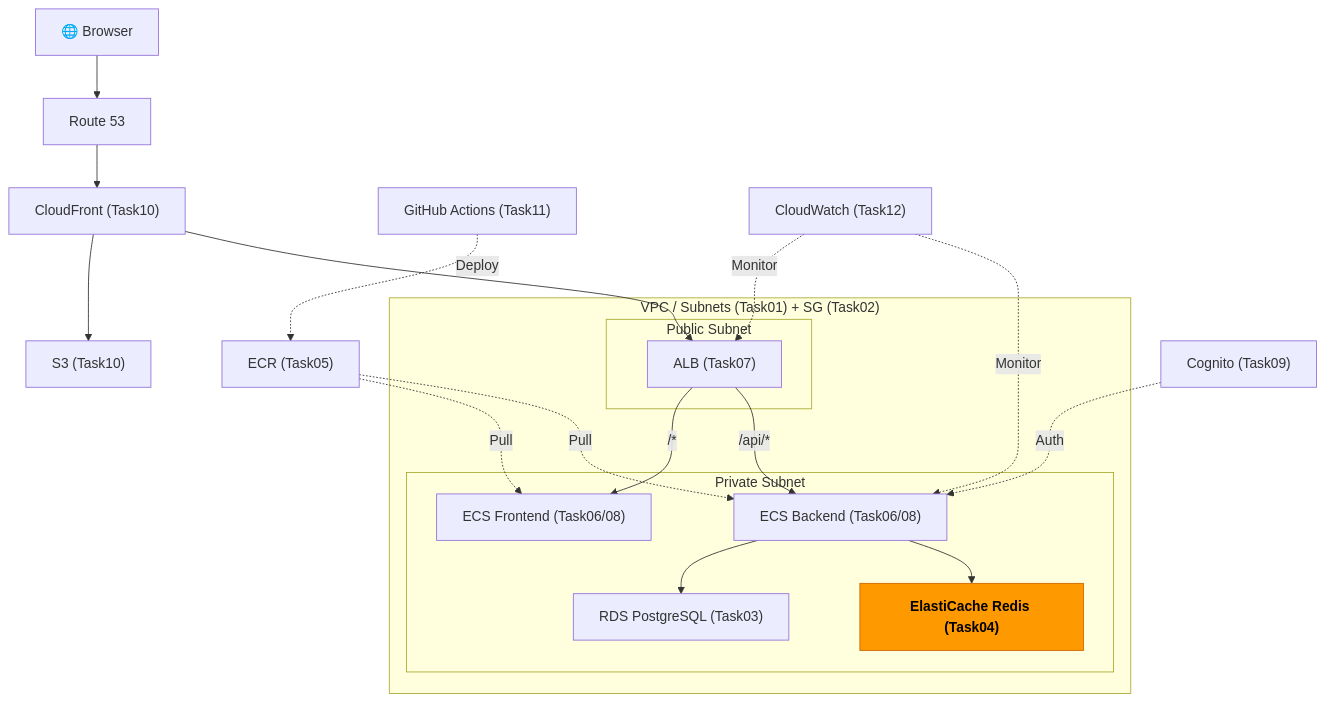
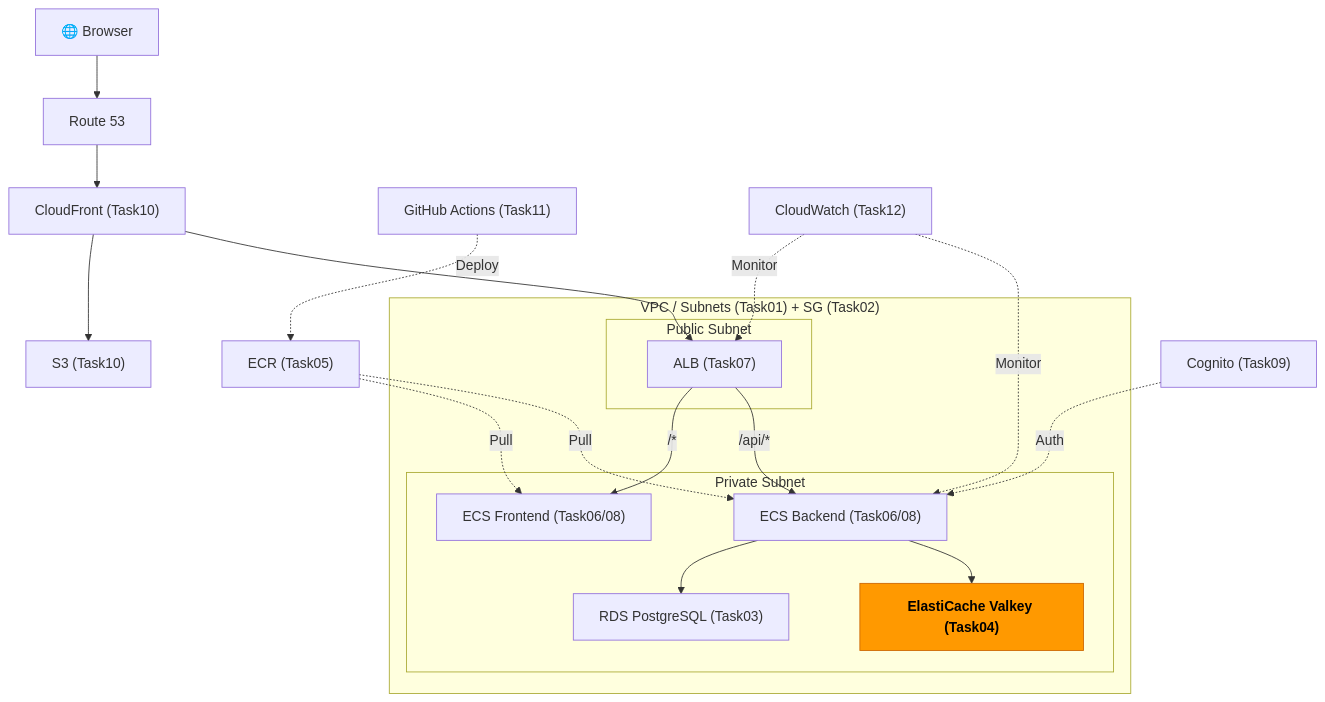
The first of 2 diagrams in tasks/console/04_elasticache.md (kiccho-hub/taskflow-aws), drawn with Mermaid before and after one commit. The commit also changed other lines of this file and 28 other files, not shown here.

````diff
--- a/tasks/console/04_elasticache.md
+++ b/tasks/console/04_elasticache.md
@@ -7,45 +22,45 @@
 ```mermaid
 graph TD
     Browser["🌐 Browser"]
     R53["Route 53"]
     CF["CloudFront (Task10)"]
     S3["S3 (Task10)"]
     ALB["ALB (Task07)"]
     ECSFront["ECS Frontend (Task06/08)"]
     ECSBack["ECS Backend (Task06/08)"]
     ECR["ECR (Task05)"]
     RDS["RDS PostgreSQL (Task03)"]
-    Redis["ElastiCache Redis (Task04)"]
+    Redis["ElastiCache Valkey (Task04)"]
     Cognito["Cognito (Task09)"]
     GH["GitHub Actions (Task11)"]
     CW["CloudWatch (Task12)"]
 
     subgraph VPC["VPC / Subnets (Task01) + SG (Task02)"]
         subgraph PublicSubnet["Public Subnet"]
             ALB
         end
         subgraph PrivateSubnet["Private Subnet"]
             ECSFront
             ECSBack
             RDS
             Redis
         end
     end
 
     Browser --> R53 --> CF
     CF --> S3
     CF --> ALB
     ALB -->|"/*"| ECSFront
     ALB -->|"/api/*"| ECSBack
     ECSBack --> RDS
     ECSBack --> Redis
     ECR -.->|Pull| ECSFront
     ECR -.->|Pull| ECSBack
     Cognito -.->|Auth| ECSBack
     GH -.->|Deploy| ECR
     CW -.->|Monitor| ALB
     CW -.->|Monitor| ECSBack
 
     classDef highlight fill:#ff9900,stroke:#cc6600,color:#000,font-weight:bold
     class Redis highlight
 ```
````
